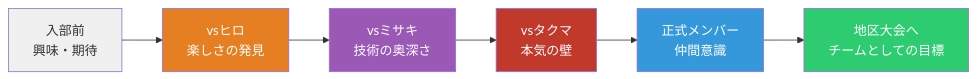
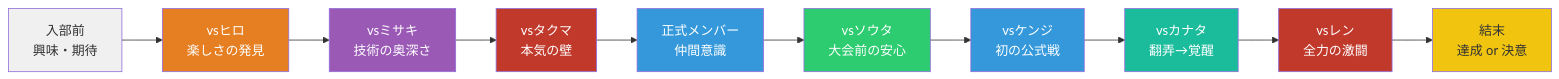
The fourth of 5 diagrams in src/features/air-hockey/doc/world/character-profiles.md (tomohiroJin/cline-playground-for-frontend), drawn with Mermaid before and after one commit. The commit also changed other lines of this file and 2 other files, not shown here.

````diff
--- a/src/features/air-hockey/doc/world/character-profiles.md
+++ b/src/features/air-hockey/doc/world/character-profiles.md
@@ -533,15 +824,23 @@
 ```mermaid
 flowchart LR
     A["入部前<br/>興味・期待"] --> B["vsヒロ<br/>楽しさの発見"]
     B --> C["vsミサキ<br/>技術の奥深さ"]
     C --> D["vsタクマ<br/>本気の壁"]
     D --> E["正式メンバー<br/>仲間意識"]
-    E --> F["地区大会へ<br/>チームとしての目標"]
+    E --> F["vsソウタ<br/>大会前の安心"]
+    F --> G["vsケンジ<br/>初の公式戦"]
+    G --> H["vsカナタ<br/>翻弄→覚醒"]
+    H --> I["vsレン<br/>全力の激闘"]
+    I --> J["結末<br/>達成 or 決意"]
 
     style A fill:#f0f0f0,color:#333
     style B fill:#e67e22,color:#fff
     style C fill:#9b59b6,color:#fff
     style D fill:#c0392b,color:#fff
     style E fill:#3498db,color:#fff
     style F fill:#2ecc71,color:#fff
+    style G fill:#3498db,color:#fff
+    style H fill:#1abc9c,color:#fff
+    style I fill:#c0392b,color:#fff
+    style J fill:#f1c40f,color:#333
 ```
````
